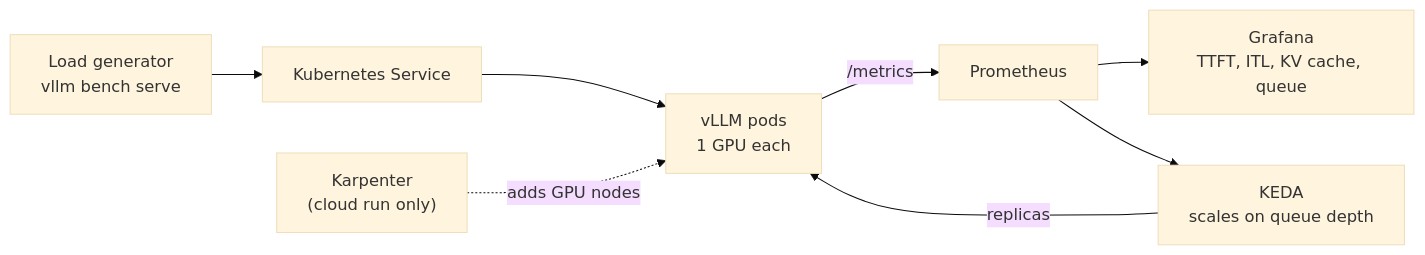
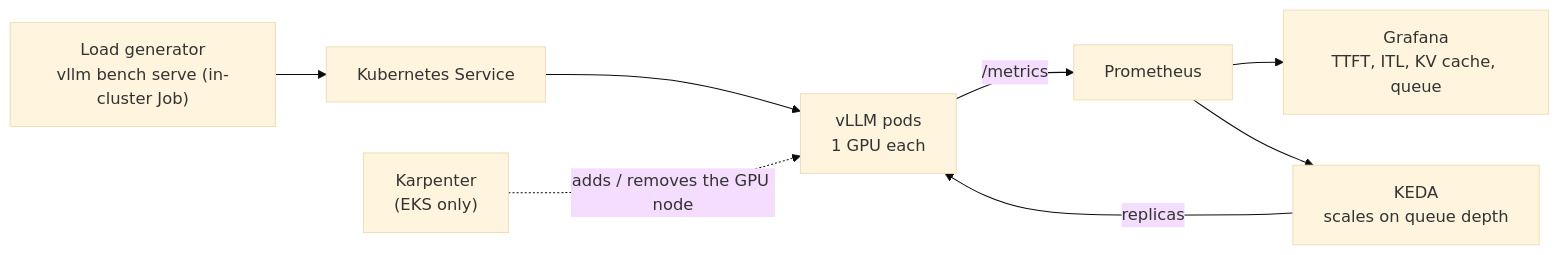
One commit to S-Rajasekhar-Reddy/llm-inference-platform changed the diagram in README.md. Above: the diagram before and after it, drawn with Mermaid (base theme). The commit also changed other lines of this file and 2 other files, not shown here.

Commit message:
README: v1.0 - headline results, cloud quick path, limitations, open-source contributions

````diff
--- a/README.md
+++ b/README.md
@@ -22,10 +29,10 @@
 ```mermaid
 flowchart LR
-    client["Load generator<br/>vllm bench serve"] --> svc["Kubernetes Service"]
+    client["Load generator<br/>vllm bench serve (in-cluster Job)"] --> svc["Kubernetes Service"]
     svc --> pods["vLLM pods<br/>1 GPU each"]
     pods -- "/metrics" --> prom["Prometheus"]
     prom --> graf["Grafana<br/>TTFT, ITL, KV cache, queue"]
     prom --> keda["KEDA<br/>scales on queue depth"]
     keda -- "replicas" --> pods
-    karp["Karpenter<br/>(cloud run only)"] -. "adds GPU nodes" .-> pods
+    karp["Karpenter<br/>(EKS only)"] -. "adds / removes the GPU node" .-> pods
 ```
````
